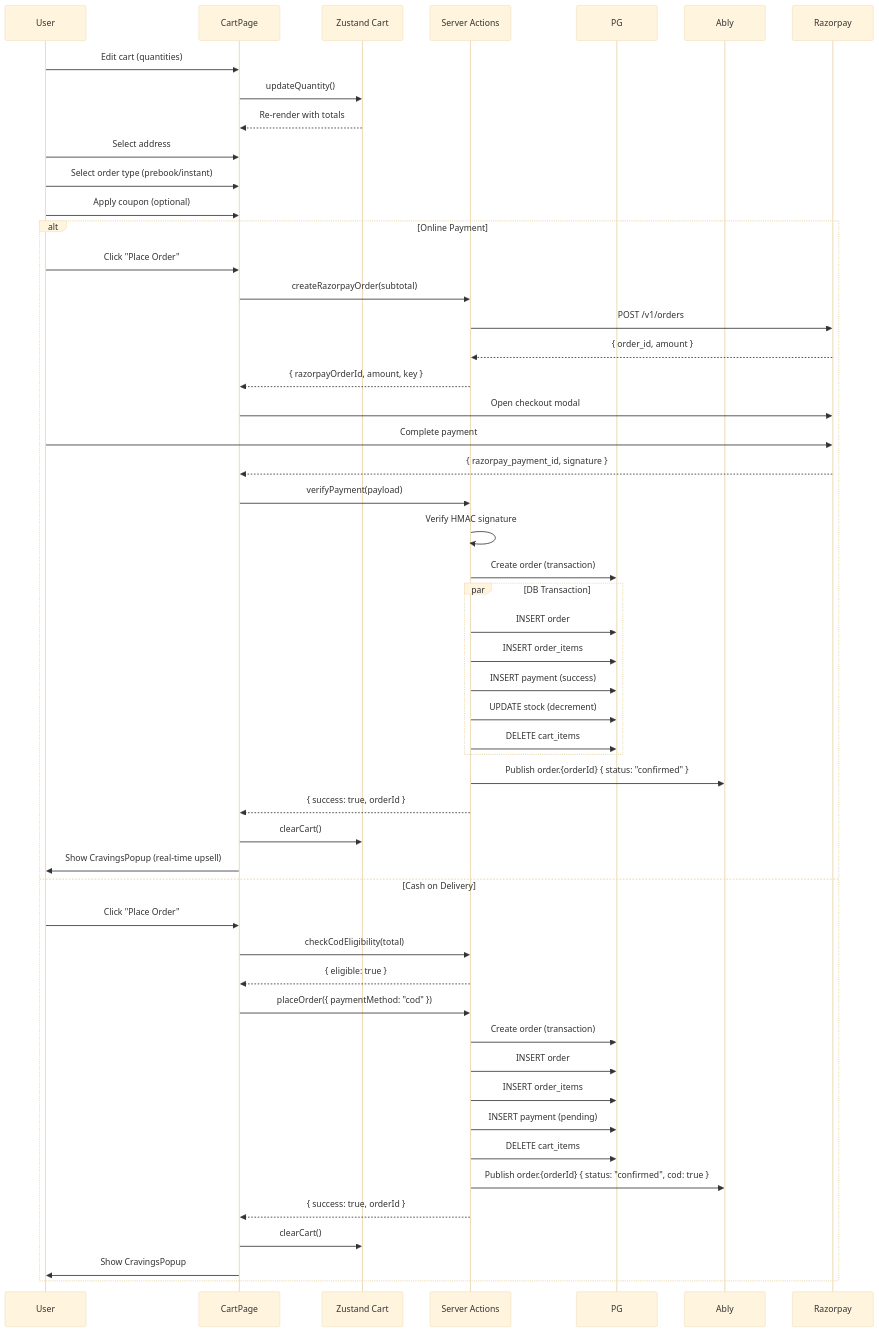
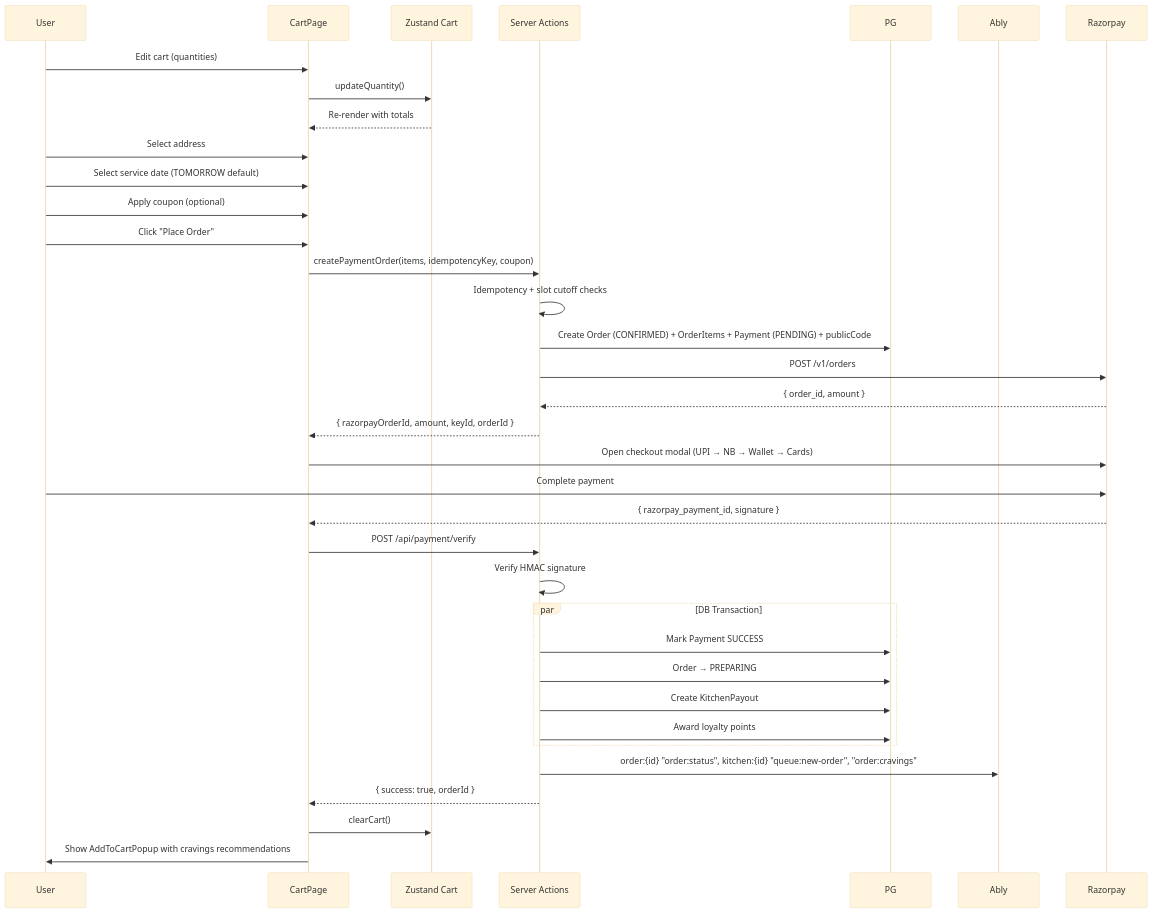
Before and after one commit to dharshan47/rrckitchen: the fourth of 7 diagrams in docs/06-state-data-flow.md, drawn with Mermaid (base theme). The commit also changed other lines of this file and 462 other files, not shown here.

Commit message:
feat: implement core platform features including admin dashboards, catalog management, loyalty systems, and delivery partner workflows with comprehensive test coverage and documentation.

````diff
--- a/docs/06-state-data-flow.md
+++ b/docs/06-state-data-flow.md
@@ -262,67 +277,46 @@
 ```mermaid
 sequenceDiagram
     participant User
     participant CartPage
     participant Store as Zustand Cart
     participant Action as Server Actions
     participant PG
     participant Ably
     participant Razorpay
 
     User->>CartPage: Edit cart (quantities)
     CartPage->>Store: updateQuantity()
     Store-->>CartPage: Re-render with totals
 
     User->>CartPage: Select address
-    User->>CartPage: Select order type (prebook/instant)
+    User->>CartPage: Select service date (TOMORROW default)
     User->>CartPage: Apply coupon (optional)
 
-    alt Online Payment
-        User->>CartPage: Click "Place Order"
-        CartPage->>Action: createRazorpayOrder(subtotal)
-        Action->>Razorpay: POST /v1/orders
-        Razorpay-->>Action: { order_id, amount }
-        Action-->>CartPage: { razorpayOrderId, amount, key }
+    User->>CartPage: Click "Place Order"
+    CartPage->>Action: createPaymentOrder(items, idempotencyKey, coupon)
+    Action->>Action: Idempotency + slot cutoff checks
+    Action->>PG: Create Order (CONFIRMED) + OrderItems + Payment (PENDING) + publicCode
+    Action->>Razorpay: POST /v1/orders
+    Razorpay-->>Action: { order_id, amount }
+    Action-->>CartPage: { razorpayOrderId, amount, keyId, orderId }
 
-        CartPage->>Razorpay: Open checkout modal
-        User->>Razorpay: Complete payment
-        Razorpay-->>CartPage: { razorpay_payment_id, signature }
+    CartPage->>Razorpay: Open checkout modal (UPI → NB → Wallet → Cards)
+    User->>Razorpay: Complete payment
+    Razorpay-->>CartPage: { razorpay_payment_id, signature }
 
-        CartPage->>Action: verifyPayment(payload)
-        Action->>Action: Verify HMAC signature
-        Action->>PG: Create order (transaction)
+    CartPage->>Action: POST /api/payment/verify
+    Action->>Action: Verify HMAC signature
 
-        par DB Transaction
-            Action->>PG: INSERT order
-            Action->>PG: INSERT order_items
-            Action->>PG: INSERT payment (success)
-            Action->>PG: UPDATE stock (decrement)
-            Action->>PG: DELETE cart_items
-        end
+    par DB Transaction
+        Action->>PG: Mark Payment SUCCESS
+        Action->>PG: Order → PREPARING
+        Action->>PG: Create KitchenPayout
+        Action->>PG: Award loyalty points
+    end
 
-        Action->>Ably: Publish order.{orderId} { status: "confirmed" }
-        Action-->>CartPage: { success: true, orderId }
+    Action->>Ably: order:{id} "order:status", kitchen:{id} "queue:new-order", "order:cravings"
+    Action-->>CartPage: { success: true, orderId }
 
-        CartPage->>Store: clearCart()
-        CartPage->>User: Show CravingsPopup (real-time upsell)
-
-    else Cash on Delivery
-        User->>CartPage: Click "Place Order"
-        CartPage->>Action: checkCodEligibility(total)
-        Action-->>CartPage: { eligible: true }
-
-        CartPage->>Action: placeOrder({ paymentMethod: "cod" })
-
-        Action->>PG: Create order (transaction)
-        Action->>PG: INSERT order
-        Action->>PG: INSERT order_items
-        Action->>PG: INSERT payment (pending)
-        Action->>PG: DELETE cart_items
-
-        Action->>Ably: Publish order.{orderId} { status: "confirmed", cod: true }
-        Action-->>CartPage: { success: true, orderId }
-
-        CartPage->>Store: clearCart()
-        CartPage->>User: Show CravingsPopup
-    end
+    CartPage->>Store: clearCart()
+    CartPage->>User: Show AddToCartPopup with cravings recommendations
 ```
````
